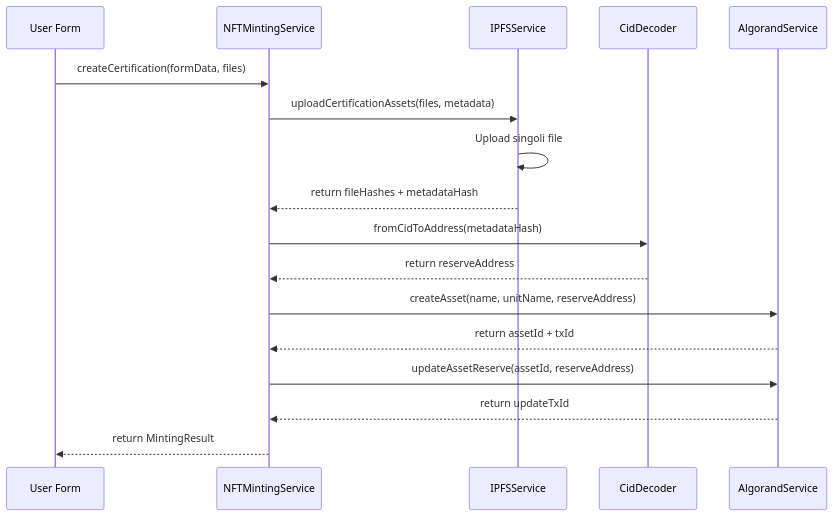
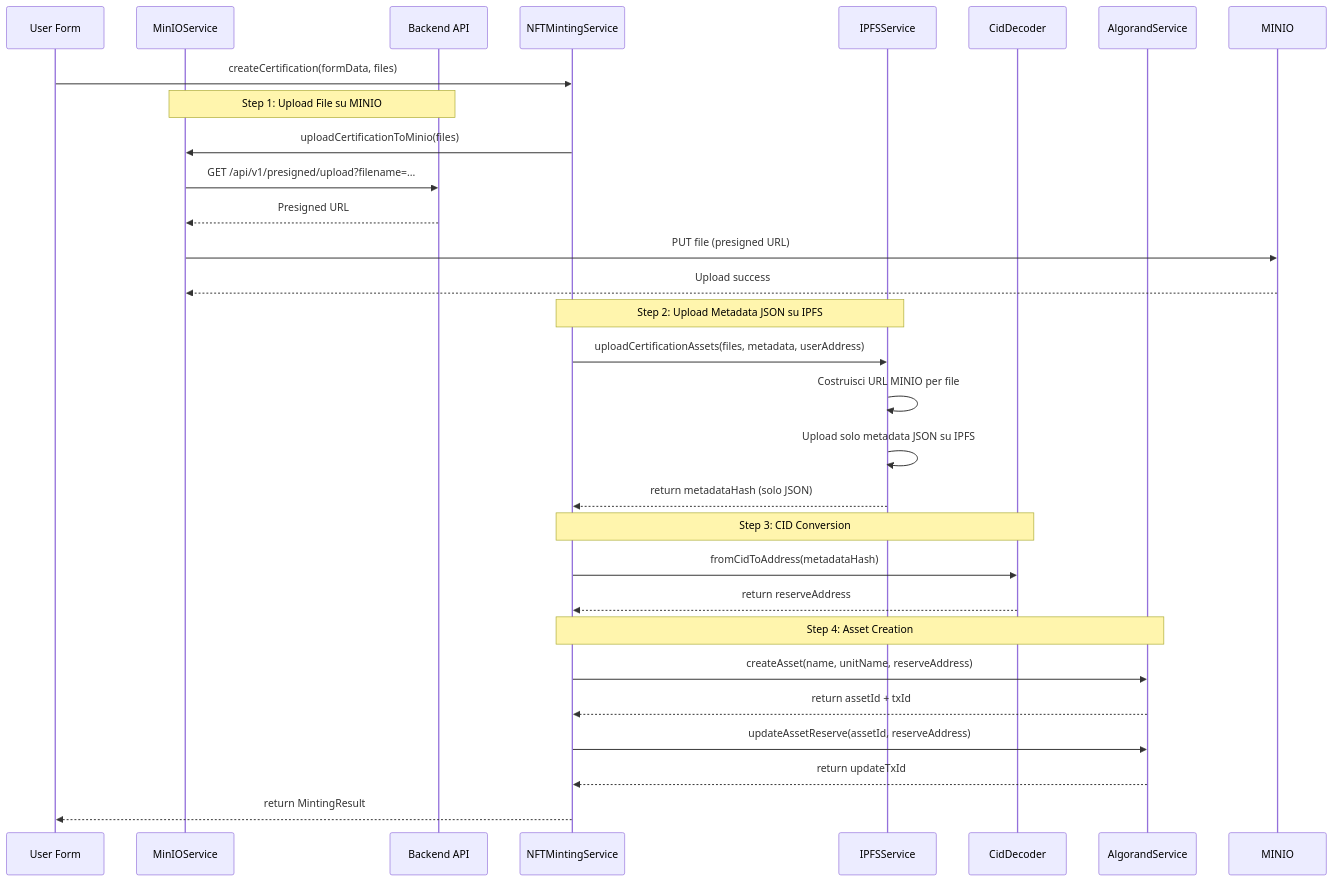
The diagram in docs/NFT_MINTING_SERVICE.md (ArtCertify/ArtCertify), drawn with Mermaid before and after one commit. The commit also changed other lines of this file and 5 other files, not shown here.

Commit message:
feat: implement hybrid storage architecture using MINIO for file uploads and IPFS for metadata JSON, enhancing performance and compliance

````diff
--- a/docs/NFT_MINTING_SERVICE.md
+++ b/docs/NFT_MINTING_SERVICE.md
@@ -18,20 +20,36 @@
 ```mermaid
 sequenceDiagram
     participant U as User Form
+    participant M as MinIOService
+    participant B as Backend API
     participant N as NFTMintingService
     participant I as IPFSService
     participant C as CidDecoder
     participant A as AlgorandService
 
     U->>N: createCertification(formData, files)
-    N->>I: uploadCertificationAssets(files, metadata)
-    I->>I: Upload singoli file
-    I-->>N: return fileHashes + metadataHash
+    
+    Note over M,B: Step 1: Upload File su MINIO
+    N->>M: uploadCertificationToMinio(files)
+    M->>B: GET /api/v1/presigned/upload?filename=...
+    B-->>M: Presigned URL
+    M->>MINIO: PUT file (presigned URL)
+    MINIO-->>M: Upload success
+    
+    Note over N,I: Step 2: Upload Metadata JSON su IPFS
+    N->>I: uploadCertificationAssets(files, metadata, userAddress)
+    I->>I: Costruisci URL MINIO per file
+    I->>I: Upload solo metadata JSON su IPFS
+    I-->>N: return metadataHash (solo JSON)
+    
+    Note over N,C: Step 3: CID Conversion
     N->>C: fromCidToAddress(metadataHash)
     C-->>N: return reserveAddress
+    
+    Note over N,A: Step 4: Asset Creation
     N->>A: createAsset(name, unitName, reserveAddress)
     A-->>N: return assetId + txId
     N->>A: updateAssetReserve(assetId, reserveAddress)
     A-->>N: return updateTxId
     N-->>U: return MintingResult
 ```
````
